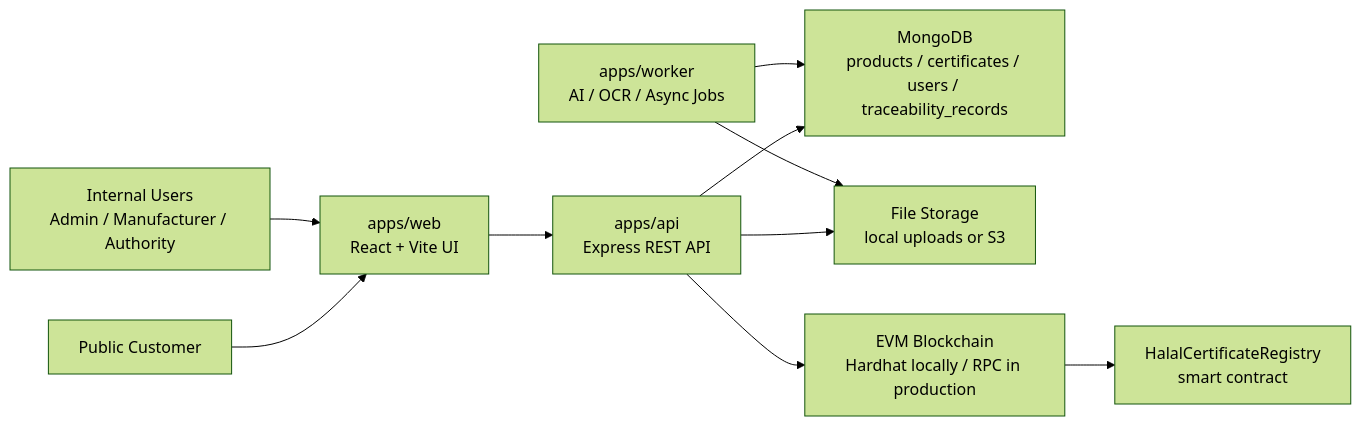
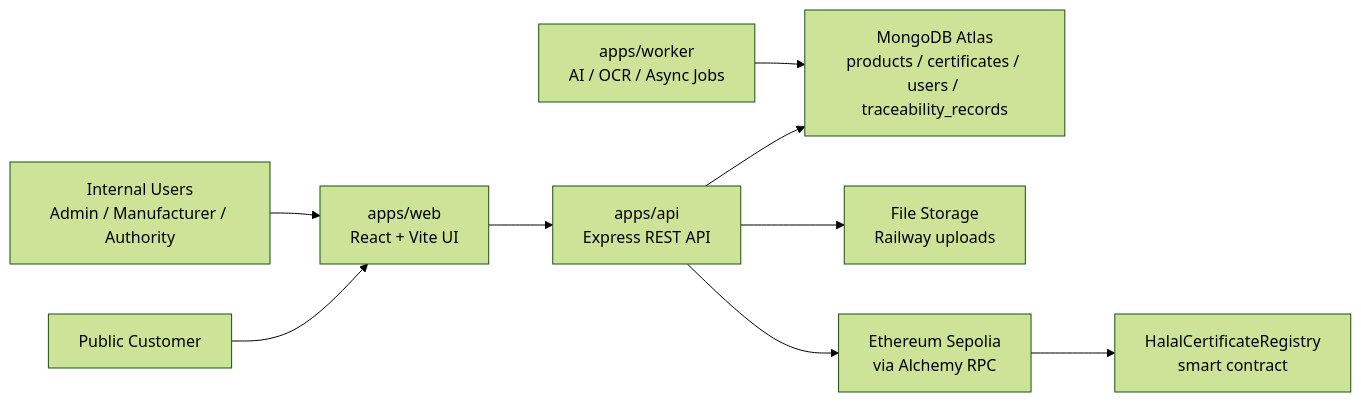
One commit to KAlr03/blockchain changed the first of 6 diagrams in docs/architecture.md. Above: the diagram before and after it, drawn with Mermaid (forest theme). The commit also changed other lines of this file, not shown here.

````diff
--- a/docs/architecture.md
+++ b/docs/architecture.md
@@ -15,22 +14,21 @@
 ```mermaid
 flowchart LR
     public["Public Customer"]
     staff["Internal Users<br/>Admin / Manufacturer / Authority"]
     web["apps/web<br/>React + Vite UI"]
     api["apps/api<br/>Express REST API"]
     worker["apps/worker<br/>AI / OCR / Async Jobs"]
-    mongo["MongoDB<br/>products / certificates / users / traceability_records"]
-    storage["File Storage<br/>local uploads or S3"]
-    chain["EVM Blockchain<br/>Hardhat locally / RPC in production"]
+    mongo["MongoDB Atlas<br/>products / certificates / users / traceability_records"]
+    storage["File Storage<br/>Railway uploads"]
+    chain["Ethereum Sepolia<br/>via Alchemy RPC"]
     contract["HalalCertificateRegistry<br/>smart contract"]
 
     public --> web
     staff --> web
     web --> api
     api --> mongo
     api --> storage
     api --> chain
     worker --> mongo
-    worker --> storage
     chain --> contract
 ```
````
